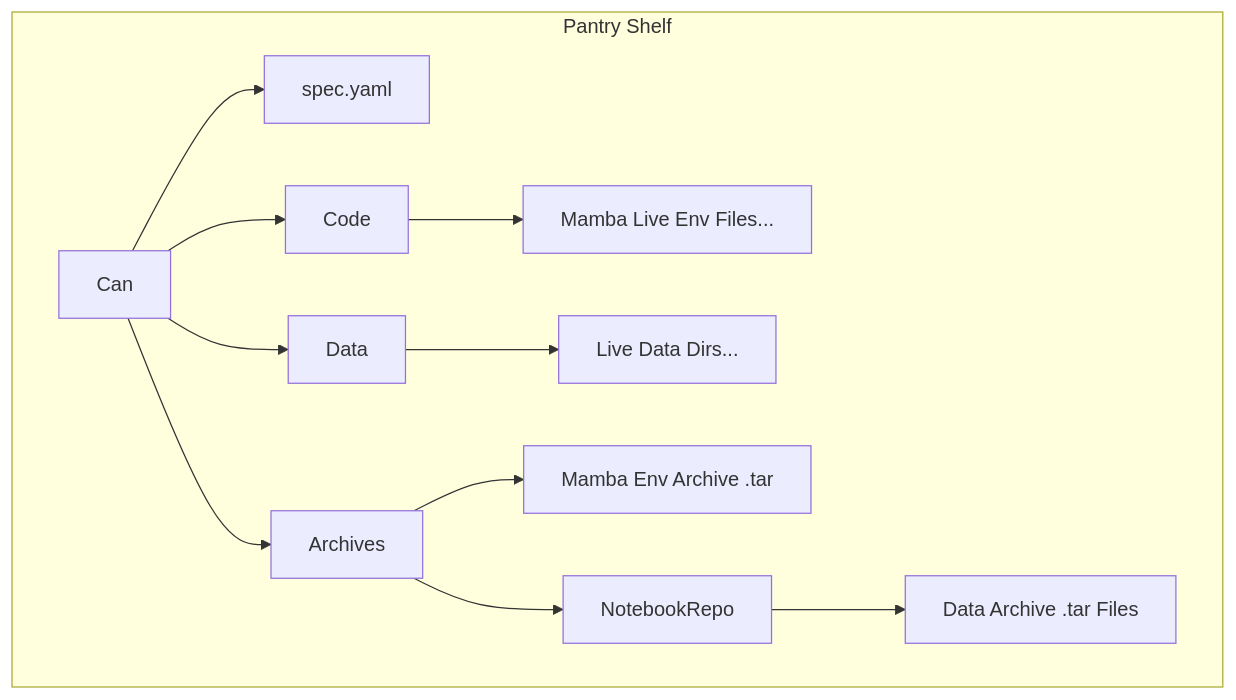
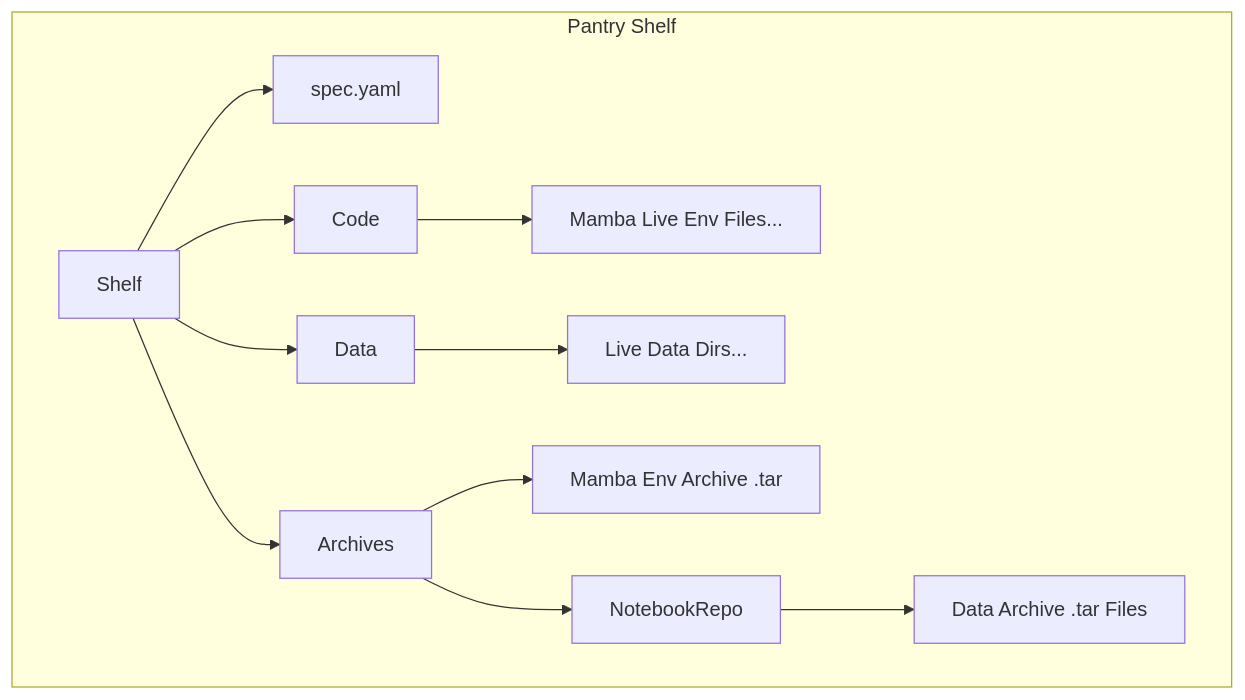
Before and after one commit to jaytmiller/nb-wrangler: the diagram in docs/plan-b/SinglePantry.mmd, drawn with Mermaid. The commit also changed 2 other files, not shown here.

```diff
--- a/docs/plan-b/SinglePantry.mmd
+++ b/docs/plan-b/SinglePantry.mmd
@@ -1,12 +1,12 @@
 graph TD
     subgraph Pantry Shelf
-        A[Can] --> B[spec.yaml]
+        A[Shelf] --> B[spec.yaml]
         A --> C[Code]
         C --> I[Mamba Live Env Files...]
         A --> D[Data]
         D --> E[Live Data Dirs...]
         A --> F[Archives]
         F --> J[Mamba Env Archive .tar]
         F --> G[NotebookRepo]
         G --> H[Data Archive .tar Files]
     end
```
